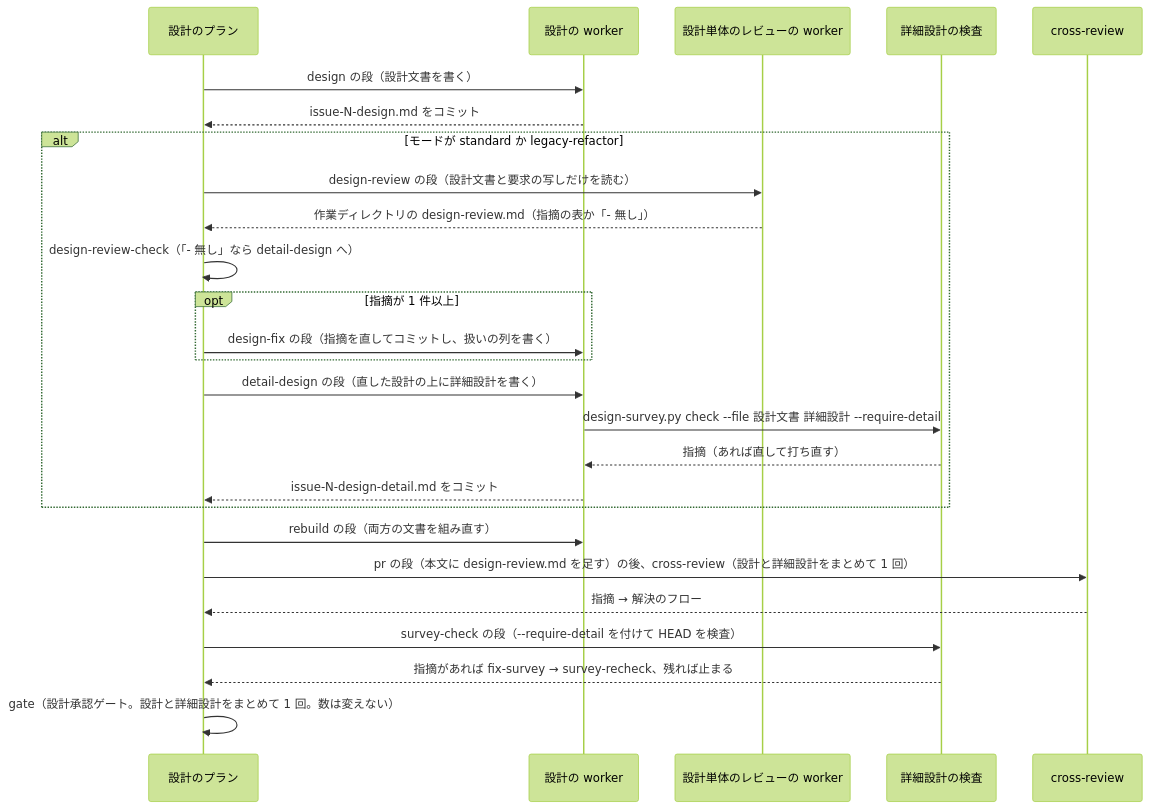
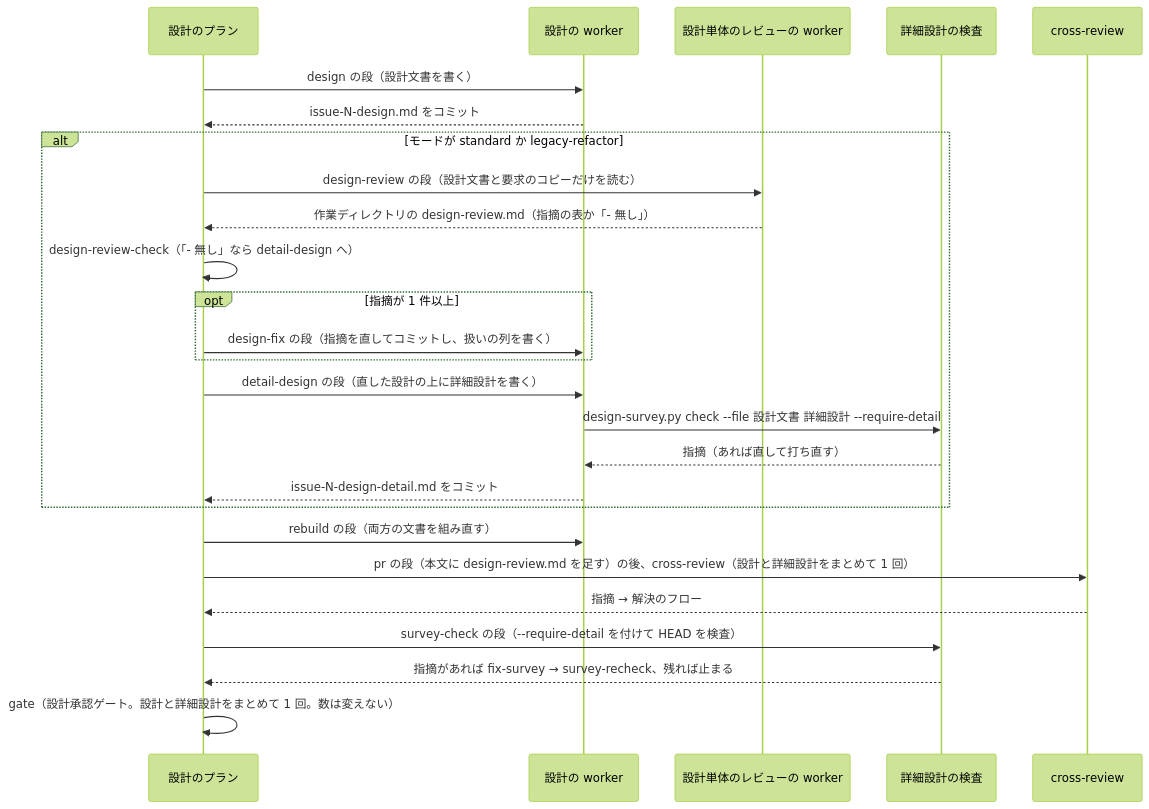
One commit to devbasex/ai-plugins changed the third of 3 diagrams in issues/issue-3144-design.md. Above: the diagram before and after it, drawn with Mermaid (forest theme). The commit also changed other lines of this file and 1 other file, not shown here.

````diff
--- a/issues/issue-3144-design.md
+++ b/issues/issue-3144-design.md
@@ -296,28 +296,28 @@
 ```mermaid
 sequenceDiagram
     participant P as 設計のプラン
     participant W as 設計の worker
     participant A as 設計単体のレビューの worker
     participant K as 詳細設計の検査
     participant R as cross-review
     P->>W: design の段（設計文書を書く）
     W-->>P: issue-N-design.md をコミット
     alt モードが standard か legacy-refactor
-        P->>A: design-review の段（設計文書と要求の写しだけを読む）
+        P->>A: design-review の段（設計文書と要求のコピーだけを読む）
         A-->>P: 作業ディレクトリの design-review.md（指摘の表か「- 無し」）
         P->>P: design-review-check（「- 無し」なら detail-design へ）
         opt 指摘が 1 件以上
             P->>W: design-fix の段（指摘を直してコミットし、扱いの列を書く）
         end
         P->>W: detail-design の段（直した設計の上に詳細設計を書く）
         W->>K: design-survey.py check --file 設計文書 詳細設計 --require-detail
         K-->>W: 指摘（あれば直して打ち直す）
         W-->>P: issue-N-design-detail.md をコミット
     end
     P->>W: rebuild の段（両方の文書を組み直す）
     P->>R: pr の段（本文に design-review.md を足す）の後、cross-review（設計と詳細設計をまとめて 1 回）
     R-->>P: 指摘 → 解決のフロー
     P->>K: survey-check の段（--require-detail を付けて HEAD を検査）
     K-->>P: 指摘があれば fix-survey → survey-recheck、残れば止まる
     P->>P: gate（設計承認ゲート。設計と詳細設計をまとめて 1 回。数は変えない）
 ```
````
